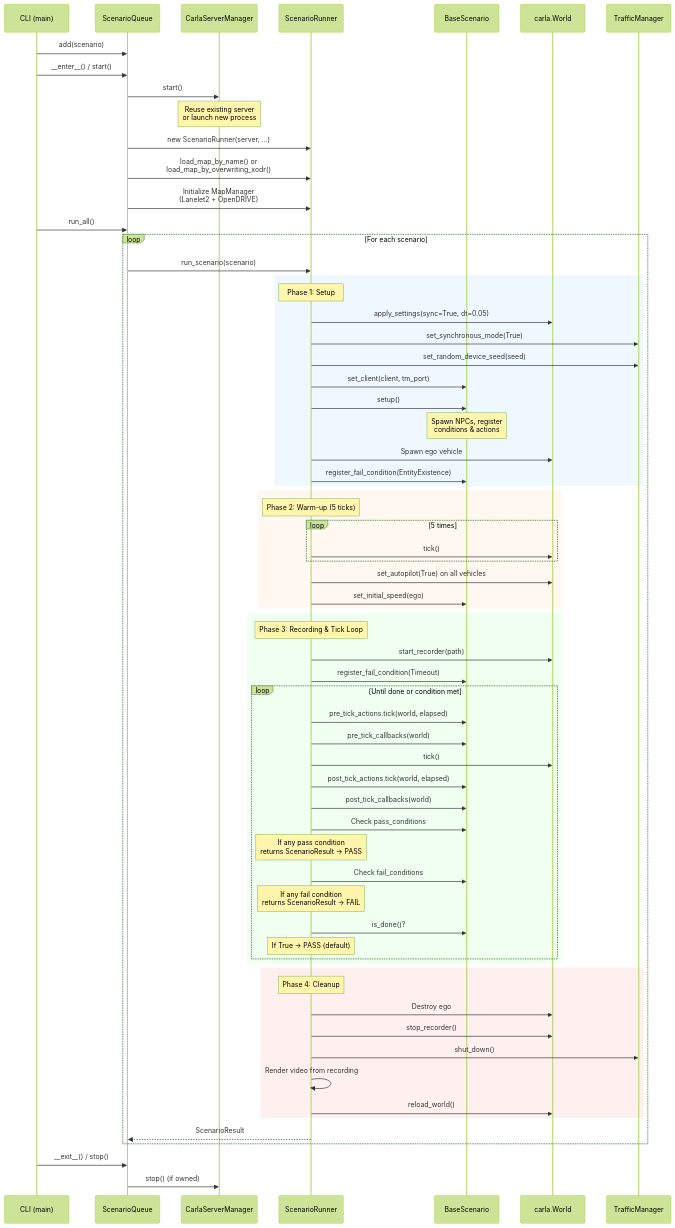
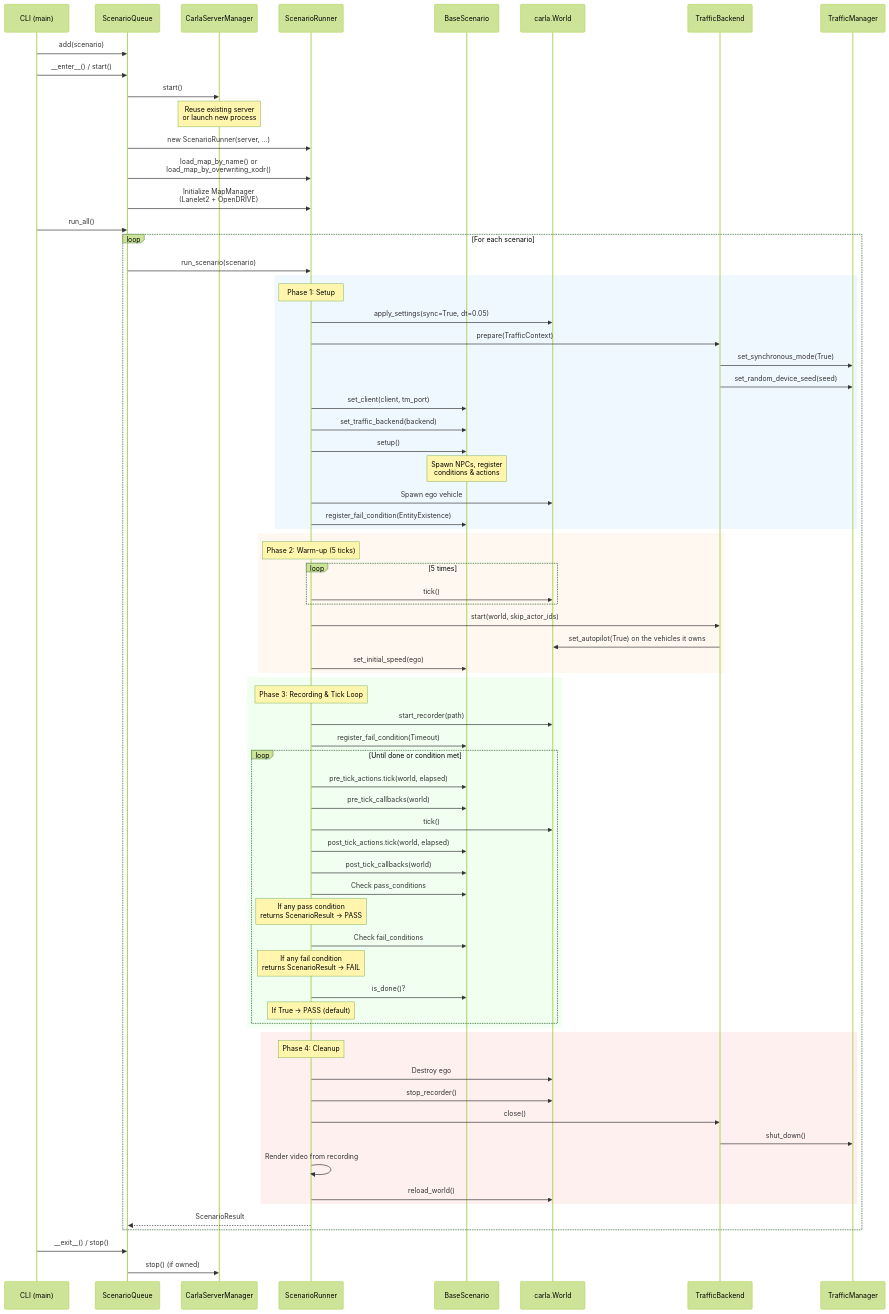
Before and after one commit to autowarefoundation/autoware_carla_scenario: the third of 14 diagrams in autoware_carla_scenario/docs/architecture.md, drawn with Mermaid (forest theme). The commit also changed other lines of this file and 24 other files, not shown here.

````diff
--- a/autoware_carla_scenario/docs/architecture.md
+++ b/autoware_carla_scenario/docs/architecture.md
@@ -119,77 +125,82 @@
 ```mermaid
 sequenceDiagram
     participant CLI as CLI (main)
     participant SQ as ScenarioQueue
     participant CSM as CarlaServerManager
     participant SR as ScenarioRunner
     participant BS as BaseScenario
     participant W as carla.World
+    participant TB as TrafficBackend
     participant TM as TrafficManager
 
     CLI->>SQ: add(scenario)
     CLI->>SQ: __enter__() / start()
     SQ->>CSM: start()
     Note over CSM: Reuse existing server<br/>or launch new process
     SQ->>SR: new ScenarioRunner(server, ...)
     SQ->>SR: load_map_by_name() or<br/>load_map_by_overwriting_xodr()
     SQ->>SR: Initialize MapManager<br/>(Lanelet2 + OpenDRIVE)
 
     CLI->>SQ: run_all()
     loop For each scenario
         SQ->>SR: run_scenario(scenario)
 
         rect rgb(240, 248, 255)
             Note over SR: Phase 1: Setup
             SR->>W: apply_settings(sync=True, dt=0.05)
-            SR->>TM: set_synchronous_mode(True)
-            SR->>TM: set_random_device_seed(seed)
+            SR->>TB: prepare(TrafficContext)
+            TB->>TM: set_synchronous_mode(True)
+            TB->>TM: set_random_device_seed(seed)
             SR->>BS: set_client(client, tm_port)
+            SR->>BS: set_traffic_backend(backend)
             SR->>BS: setup()
             Note over BS: Spawn NPCs, register<br/>conditions & actions
             SR->>W: Spawn ego vehicle
             SR->>BS: register_fail_condition(EntityExistence)
         end
 
         rect rgb(255, 248, 240)
             Note over SR: Phase 2: Warm-up (5 ticks)
             loop 5 times
                 SR->>W: tick()
             end
-            SR->>W: set_autopilot(True) on all vehicles
+            SR->>TB: start(world, skip_actor_ids)
+            TB->>W: set_autopilot(True) on the vehicles it owns
             SR->>BS: set_initial_speed(ego)
         end
 
         rect rgb(240, 255, 240)
             Note over SR: Phase 3: Recording & Tick Loop
             SR->>W: start_recorder(path)
             SR->>BS: register_fail_condition(Timeout)
             loop Until done or condition met
                 SR->>BS: pre_tick_actions.tick(world, elapsed)
                 SR->>BS: pre_tick_callbacks(world)
                 SR->>W: tick()
                 SR->>BS: post_tick_actions.tick(world, elapsed)
                 SR->>BS: post_tick_callbacks(world)
                 SR->>BS: Check pass_conditions
                 Note over SR: If any pass condition<br/>returns ScenarioResult → PASS
                 SR->>BS: Check fail_conditions
                 Note over SR: If any fail condition<br/>returns ScenarioResult → FAIL
                 SR->>BS: is_done()?
                 Note over SR: If True → PASS (default)
             end
         end
 
         rect rgb(255, 240, 240)
             Note over SR: Phase 4: Cleanup
             SR->>W: Destroy ego
             SR->>W: stop_recorder()
-            SR->>TM: shut_down()
+            SR->>TB: close()
+            TB->>TM: shut_down()
             SR->>SR: Render video from recording
             SR->>W: reload_world()
         end
 
         SR-->>SQ: ScenarioResult
     end
 
     CLI->>SQ: __exit__() / stop()
     SQ->>CSM: stop() (if owned)
 ```
````
